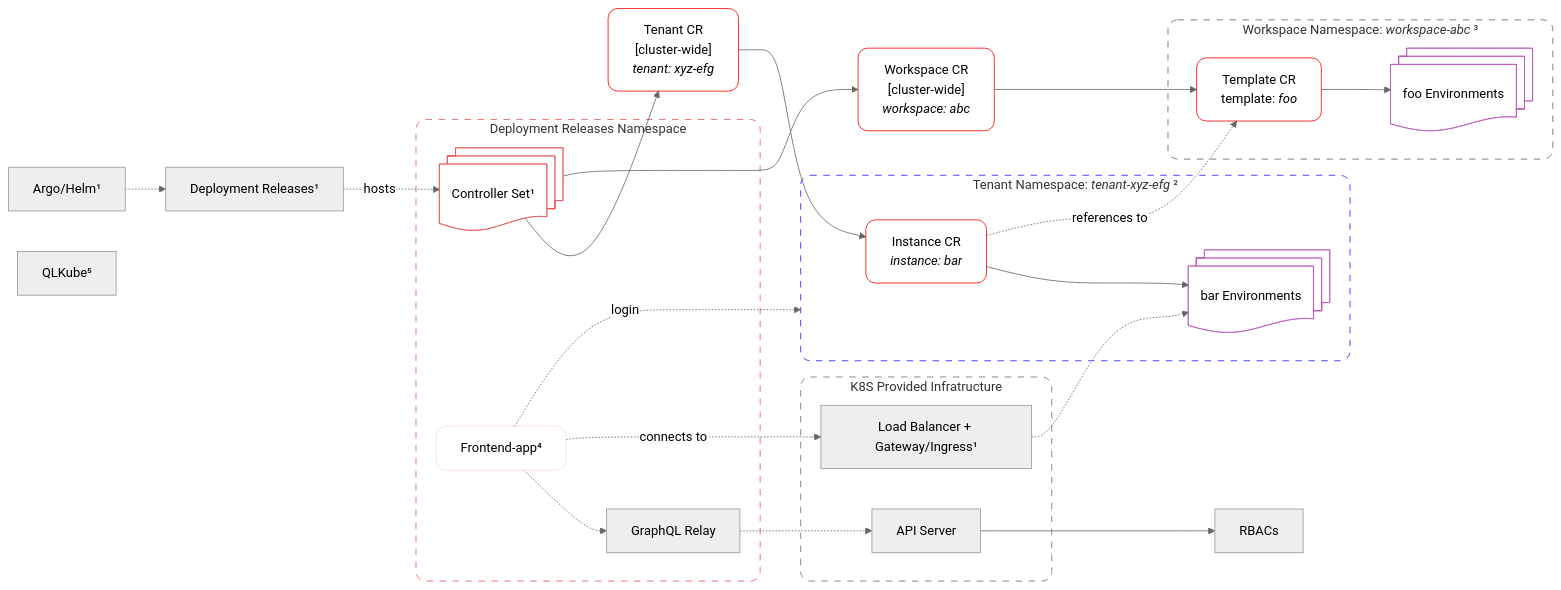
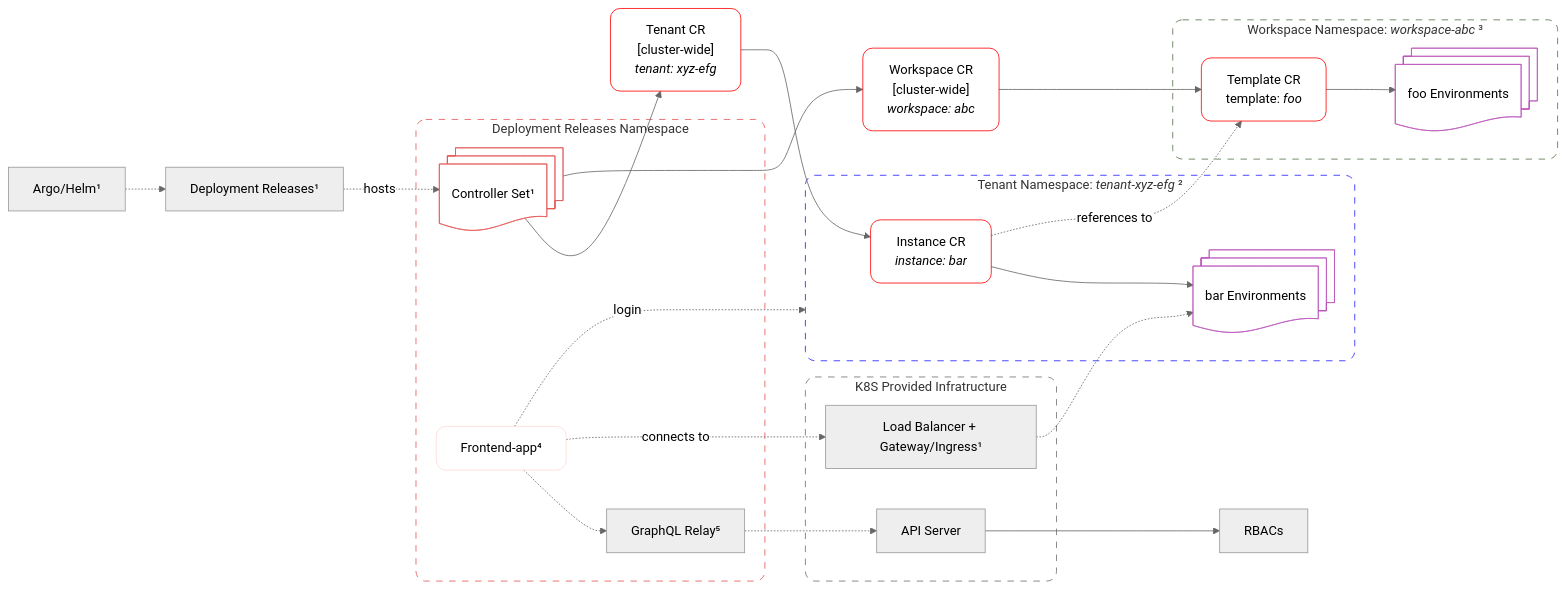
One commit to netgroup-polito/CrownLabs changed the second of 7 diagrams in BIGPICTURE.md. Above: the diagram before and after it, drawn with Mermaid (neutral theme). The commit also changed other lines of this file, not shown here.

````diff
--- a/BIGPICTURE.md
+++ b/BIGPICTURE.md
@@ -37,70 +37,69 @@
 ```mermaid
 flowchart LR
 
 Argo["Argo/Helm¹"]
 Releases["Deployment Releases¹"]
 subgraph ReleasesNS["Deployment Releases Namespace"]
     Controllers@{shape: docs, label: "Controller Set¹"}
     Frontend["Frontend-app⁴"]
-    GraphQL["GraphQL Relay"]
+    GraphQL["GraphQL Relay⁵"]
 
     Frontend .-> GraphQL
 end
 TenantCR["`Tenant CR
     [cluster-wide]
     _tenant: xyz-efg_`"]
 Controllers --> TenantCR
 subgraph TenantNS["`Tenant Namespace: _tenant-xyz-efg_ ²`"]
     InstanceCR["`Instance CR
         _instance: bar_`"]
     InstanceEnv@{shape: docs, label: "bar Environments"}
 
     InstanceCR --> InstanceEnv
 end
 subgraph K8S["K8S Provided Infratructure"]
     APIServer["API Server"]
     GWAPI["Load Balancer + Gateway/Ingress¹"]
 end
 RBAC["RBACs"]
 WorkspaceCR["`Workspace CR
     [cluster-wide]
     _workspace: abc_`"]
 Controllers --> WorkspaceCR
 subgraph WorkspaceNS["`Workspace Namespace: _workspace-abc_ ³`"]
     TemplateCR["`Template CR
         template: _foo_`"]
     TemplateEnv@{shape: docs, label: "foo Environments"}
 
     TemplateCR --> TemplateEnv
 end
-QLK["QLKube⁵"]
 
 Argo .-> Releases
 Releases -. hosts .-> Controllers
 Frontend -. login .-> TenantNS
 Frontend -. connects to .-> GWAPI
 GraphQL .-> APIServer
 GWAPI .-> InstanceEnv
 WorkspaceCR --> TemplateCR
 InstanceCR -. references to .-> TemplateCR
 TenantCR --> InstanceCR
 APIServer --> RBAC
 
 classDef GenericDashedBS fill:none,rx:12,ry:12,stroke-dasharray:8
 classDef ControllerDashedBS stroke:#E45756,rx:12,ry:12,fill:none,stroke-dasharray:8
 classDef ControllerBS stroke:#E45756,rx:12,ry:12,fill:none
 classDef WorkspaceDashedBS stroke:#54724B,rx:12,ry:12,fill:none,stroke-dasharray:8
 classDef CustomResourceBS stroke:#FF0000,rx:12,ry:12,fill:none
 classDef TenantDashedBS stroke:#2222FF,rx:12,ry:12,fill:none,stroke-dasharray:8
 classDef InstanceBS stroke:#BB55BB,rx:12,ry:12,fill:none
 classDef FrontendBS stroke:#FDDCD7,rx:12,ry:12,fill:none
 
 class K8S GenericDashedBS
 class ReleasesNS ControllerDashedBS
 class Controllers ControllerBS
 class WorkspaceCR,TenantCR,InstanceCR,TemplateCR CustomResourceBS
 class WorkspaceNS WorkspaceDashedBS
 class TenantNS TenantDashedBS
 class InstanceEnv,TemplateEnv InstanceBS
 class Frontend FrontendBS
 ```
````
